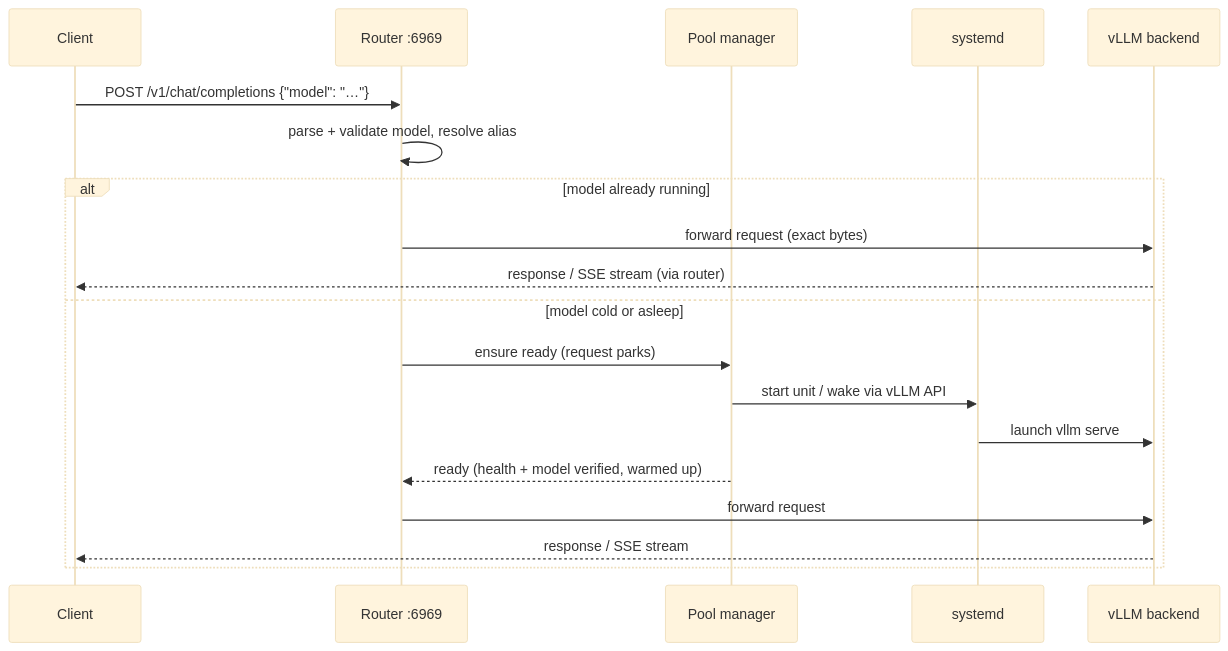
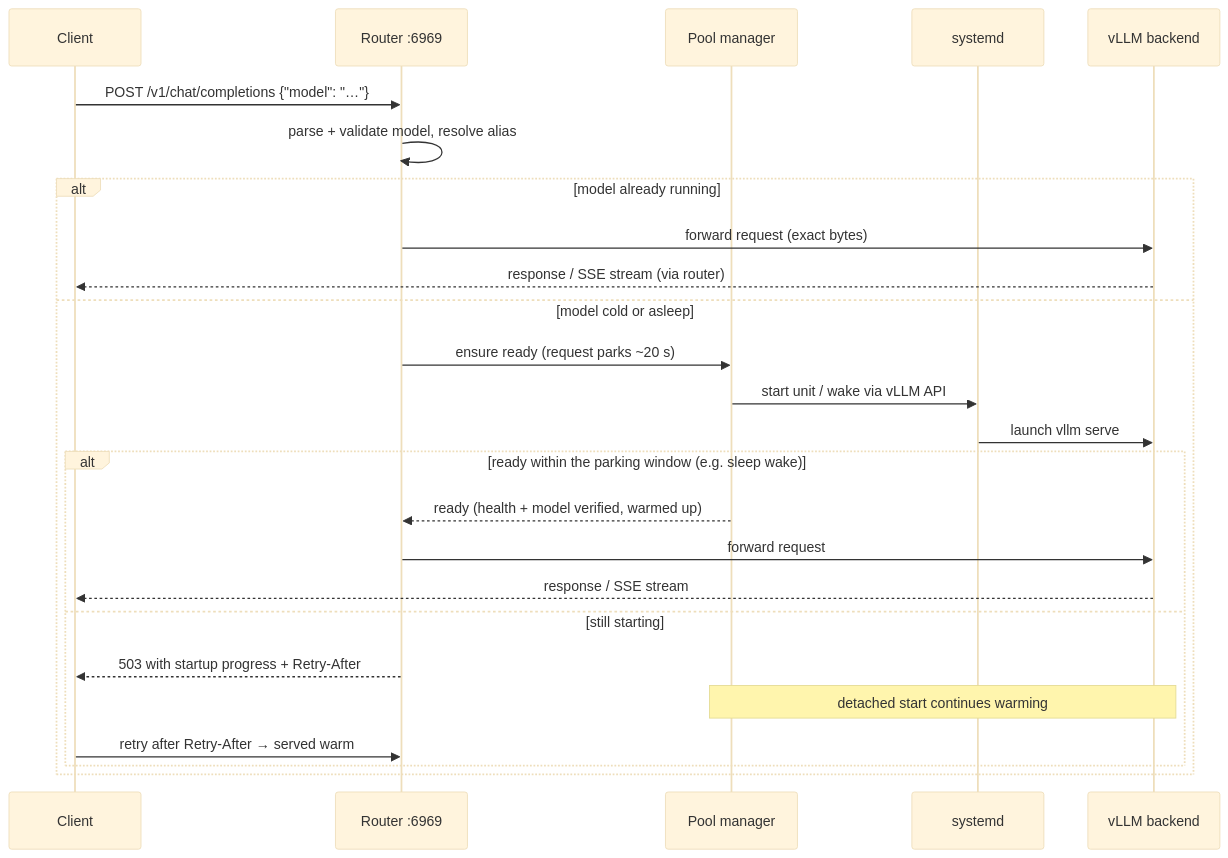
The diagram in README.md (yankeeinlondon/routable), drawn with Mermaid (base theme) before and after one commit. The commit also changed other lines of this file and 4 other files, not shown here.

````diff
--- a/README.md
+++ b/README.md
@@ -35,22 +38,28 @@
 ```mermaid
 sequenceDiagram
     participant C as Client
     participant R as Router :6969
     participant P as Pool manager
     participant S as systemd
     participant V as vLLM backend
 
     C->>R: POST /v1/chat/completions {"model": "…"}
     R->>R: parse + validate model, resolve alias
     alt model already running
         R->>V: forward request (exact bytes)
         V-->>C: response / SSE stream (via router)
     else model cold or asleep
-        R->>P: ensure ready (request parks)
+        R->>P: ensure ready (request parks ~20 s)
         P->>S: start unit / wake via vLLM API
         S->>V: launch vllm serve
-        P-->>R: ready (health + model verified, warmed up)
-        R->>V: forward request
-        V-->>C: response / SSE stream
+        alt ready within the parking window (e.g. sleep wake)
+            P-->>R: ready (health + model verified, warmed up)
+            R->>V: forward request
+            V-->>C: response / SSE stream
+        else still starting
+            R-->>C: 503 with startup progress + Retry-After
+            Note over P,V: detached start continues warming
+            C->>R: retry after Retry-After → served warm
+        end
     end
 ```
````
